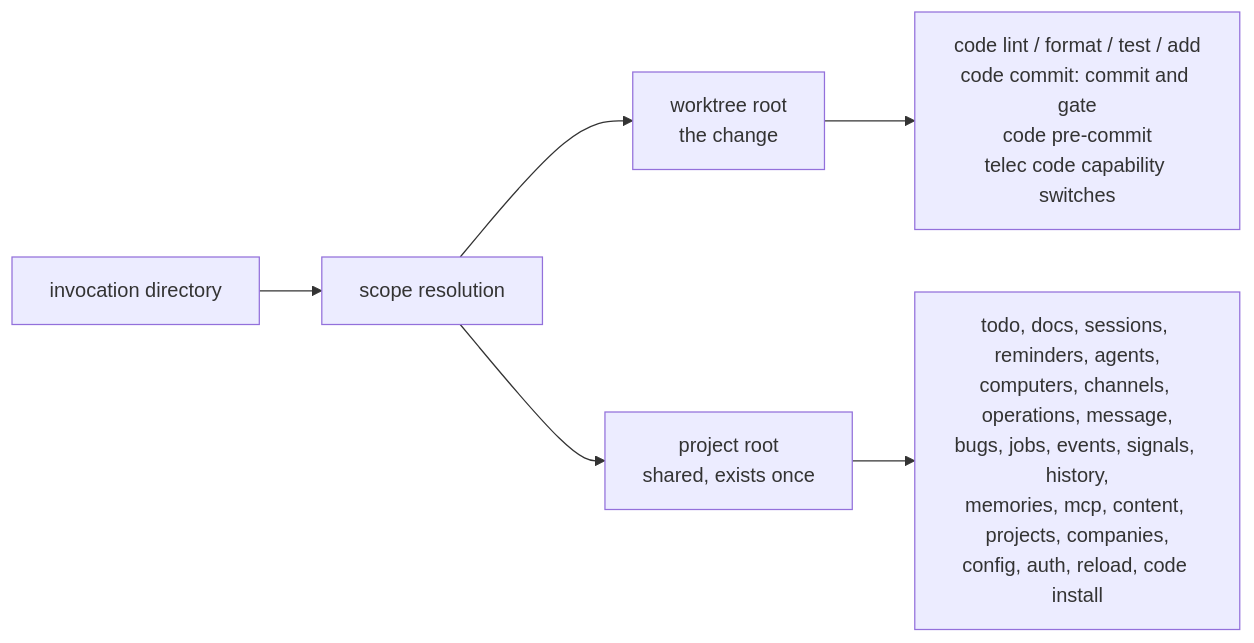
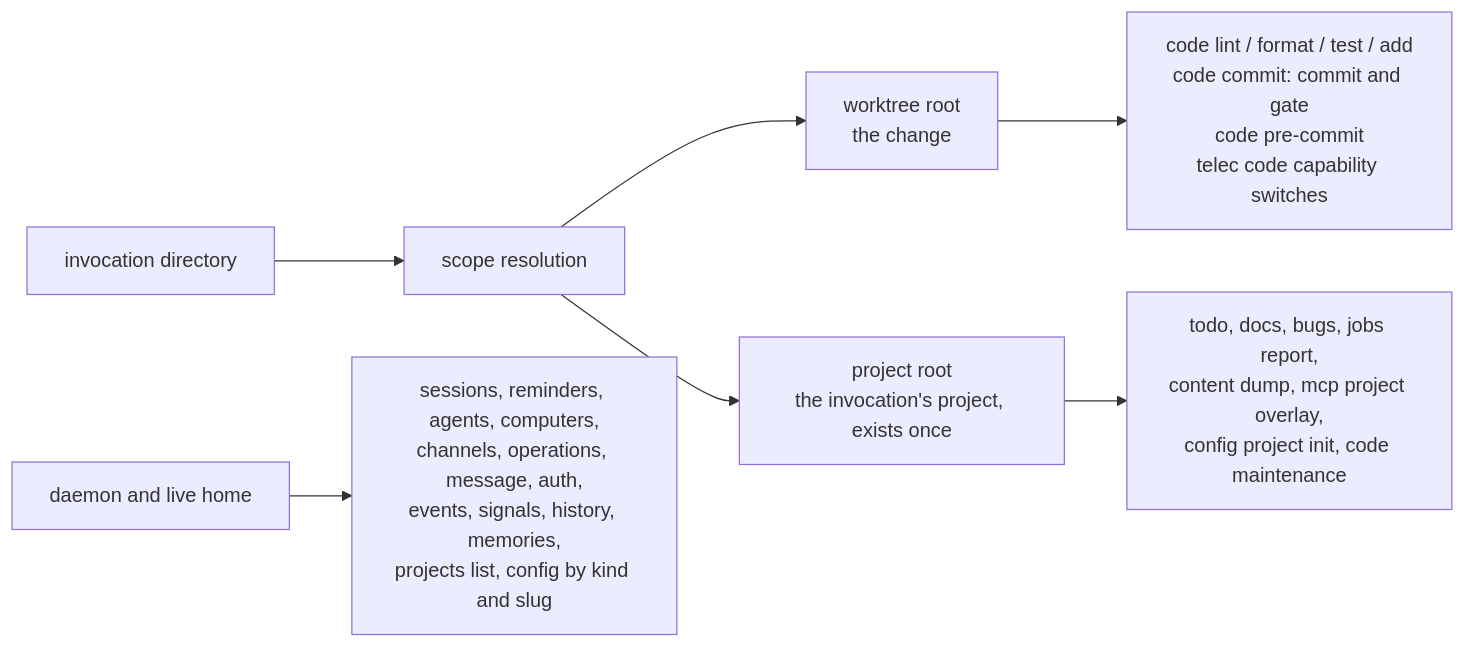
One commit to InstruktAI/TeleClaude changed the diagram in docs/project/design/architecture/command-scope.md. Above: the diagram before and after it, drawn with Mermaid. The commit also changed other lines of this file and 7 other files, not shown here.

````diff
--- a/docs/project/design/architecture/command-scope.md
+++ b/docs/project/design/architecture/command-scope.md
@@ -42,8 +48,9 @@
 ```mermaid
 flowchart LR
     Dir[invocation directory] --> R[scope resolution]
     R --> W[worktree root<br/>the change]
-    R --> P[project root<br/>shared, exists once]
+    R --> P[project root<br/>the invocation's project, exists once]
     W --> Wc[code lint / format / test / add<br/>code commit: commit and gate<br/>code pre-commit<br/>telec code capability switches]
-    P --> Pc[todo, docs, sessions, reminders, agents,<br/>computers, channels, operations, message,<br/>bugs, jobs, events, signals, history,<br/>memories, mcp, content, projects, companies,<br/>config, auth, reload, code install]
+    P --> Pc[todo, docs, bugs, jobs report,<br/>content dump, mcp project overlay,<br/>config project init, code maintenance]
+    S[daemon and live home] --> Sc[sessions, reminders, agents, computers,<br/>channels, operations, message, auth,<br/>events, signals, history, memories,<br/>projects list, config by kind and slug]
 ```
````
